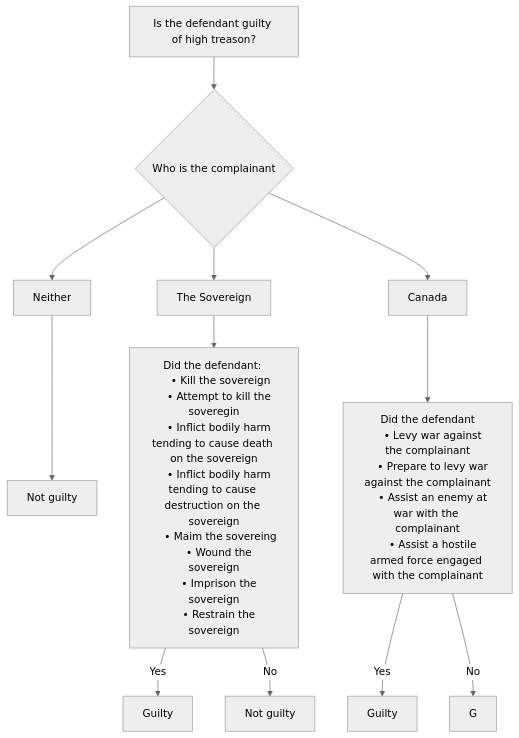
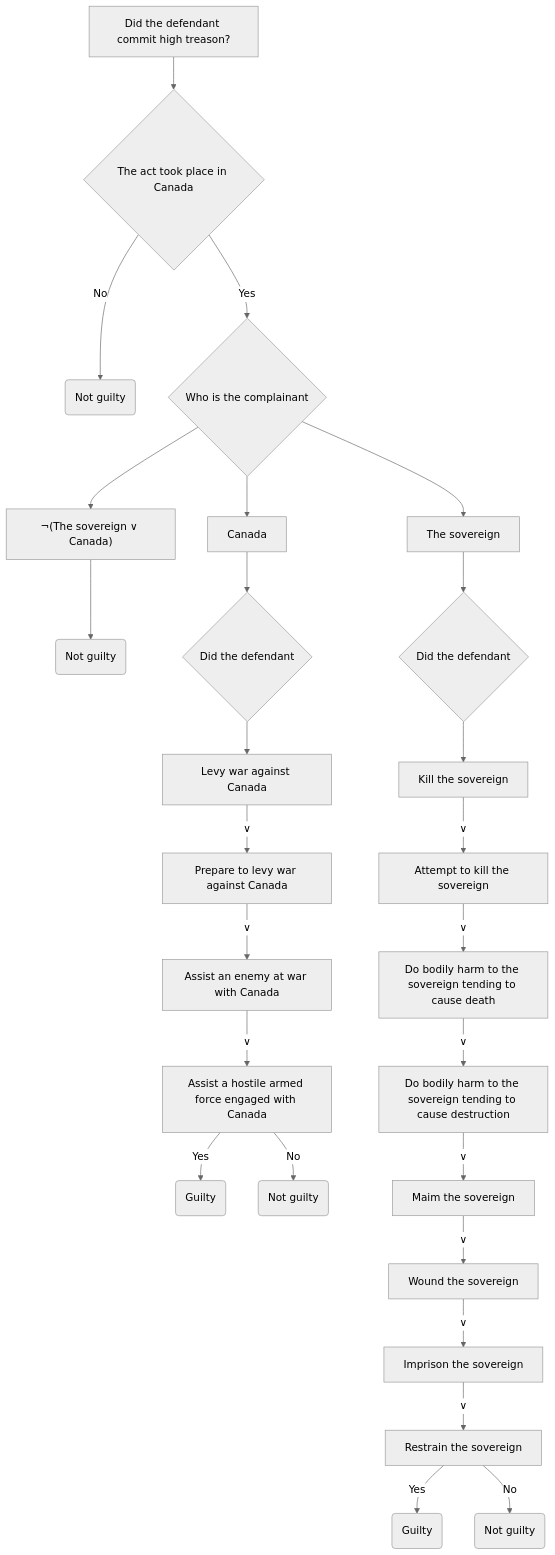
One commit to 646e62/646e62.github.io changed the diagram in posts/basic-statutory-expert-system/.ipynb_checkpoints/index-checkpoint.qmd. Above: the diagram before and after it, drawn with Mermaid (neutral theme). The commit also changed other lines of this file and 13 other files, not shown here.

````diff
--- a/posts/basic-statutory-expert-system/.ipynb_checkpoints/index-checkpoint.qmd
+++ b/posts/basic-statutory-expert-system/.ipynb_checkpoints/index-checkpoint.qmd
@@ -27,26 +78,28 @@
 ```{mermaid}
 flowchart TD
-    B[Is the defendant guilty of high treason?] --> C{Who is the complainant}
-    C --> D[The Sovereign]
-    C --> F[Neither]
+    A[Did the defendant commit high treason?] --> B1{The act took place in Canada}
+    B1 -->|No| B2(Not guilty)
+    B1 -->|Yes| C{Who is the complainant}
+    C --> D[The sovereign]
     C --> E[Canada]
-    F --> G1[Not guilty]
-    E --> H["Did the defendant
-    • Levy war against the complainant
-    • Prepare to levy war against the complainant
-    • Assist an enemy at war with the complainant
-    • Assist a hostile armed force engaged with the complainant"]
-    H -->|Yes| I1[Guilty]
-    H -->|No| G
-    D --> J["Did the defendant: 
-    • Kill the sovereign
-    • Attempt to kill the soveregin
-    • Inflict bodily harm tending to cause death on the sovereign
-    • Inflict bodily harm tending to cause destruction on the sovereign
-    • Maim the sovereing
-    • Wound the sovereign
-    • Imprison the sovereign
-    • Restrain the sovereign"]
-    J -->|Yes| I2[Guilty]
-    J -->|No| G2[Not guilty]
+    C --> F["¬(The sovereign ∨ Canada)"]
+    F --> G(Not guilty)
+    E --> H0{Did the defendant}
+    H0 --> H1[Levy war against Canada]
+    H1 -->|"∨"| H2[Prepare to levy war against Canada]
+    H2 -->|"∨"| H3[Assist an enemy at war with Canada]
+    H3 -->|"∨"| H4[Assist a hostile armed force engaged with Canada]
+    H4 -->|Yes| I1(Guilty)
+    H4 -->|No| I2(Not guilty)
+    D --> J0{Did the defendant}
+    J0 --> J1[Kill the sovereign]
+    J1 -->|"∨"| J2[Attempt to kill the sovereign]
+    J2 -->|"∨"| J3[Do bodily harm to the sovereign tending to cause death]
+    J3 -->|"∨"| J4[Do bodily harm to the sovereign tending to cause destruction]
+    J4 -->|"∨"| J5[Maim the sovereign]
+    J5 -->|"∨"| J6[Wound the sovereign]
+    J6 -->|"∨"| J7[Imprison the sovereign]
+    J7 -->|"∨"| J8[Restrain the sovereign]
+    J8 -->|Yes| K1(Guilty)
+    J8 -->|No| K2(Not guilty)
 ```
````
